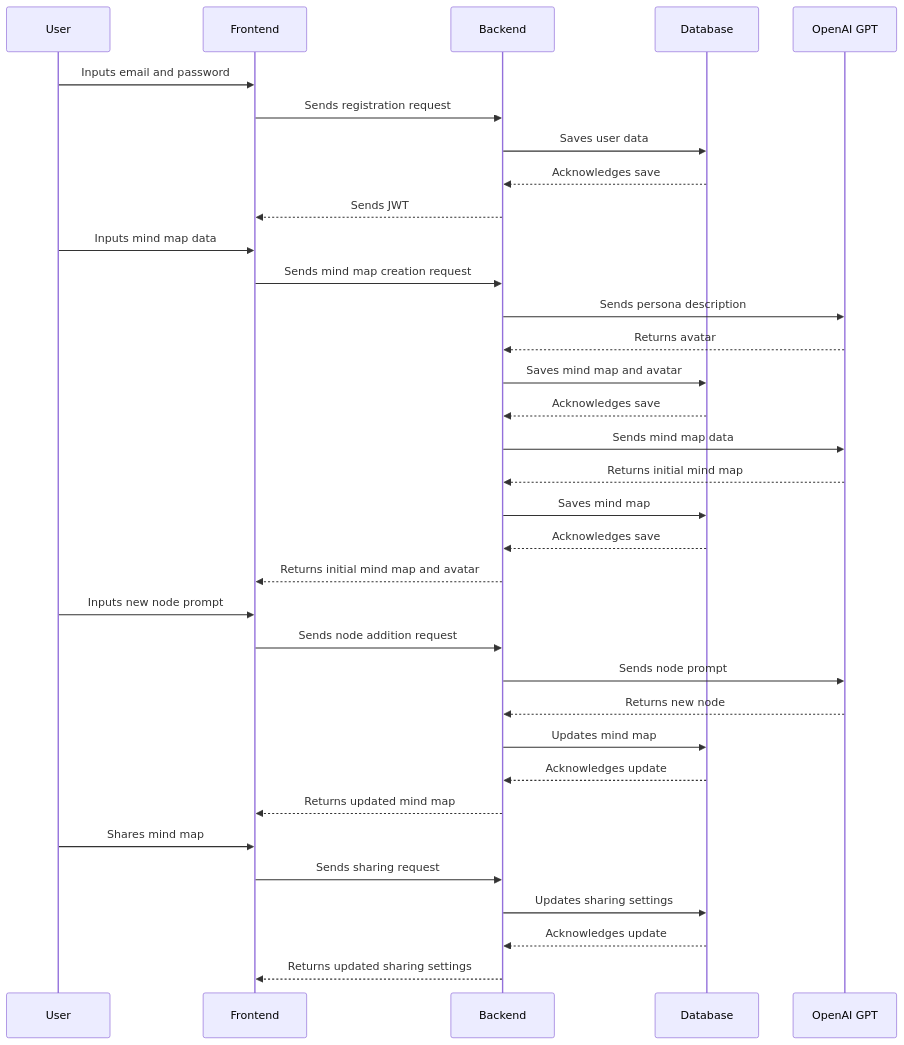
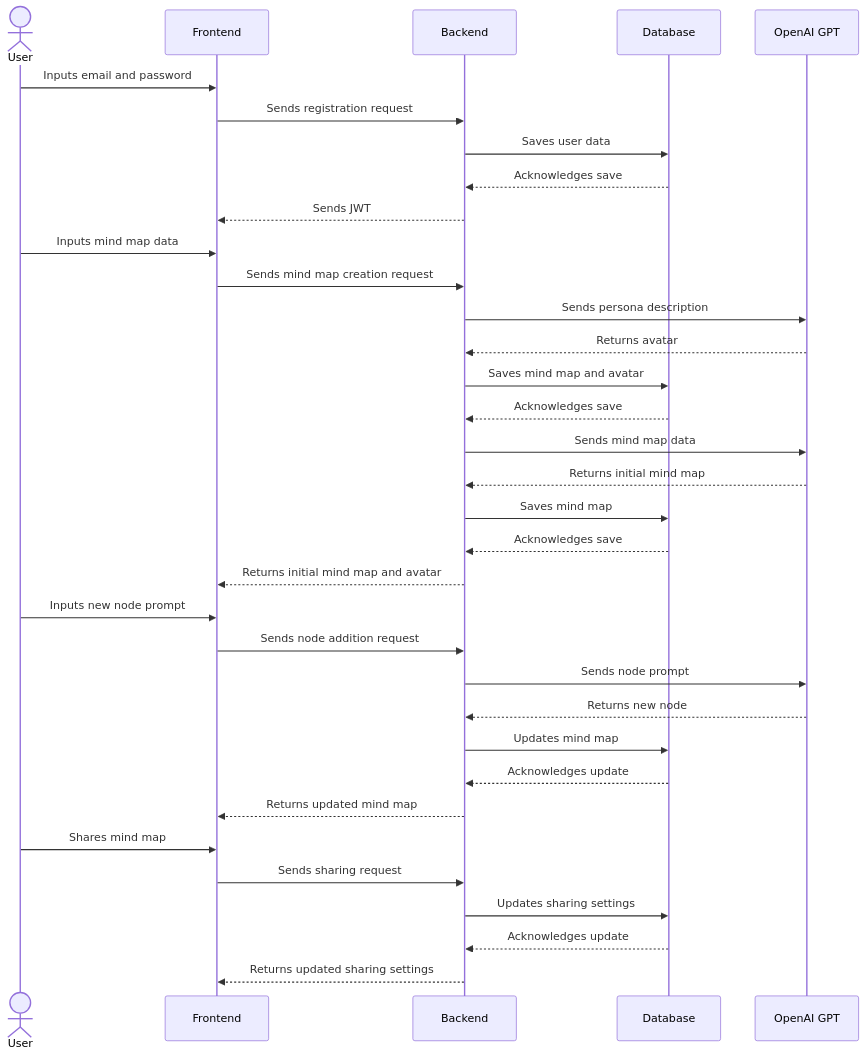
The first of 4 diagrams in README.md (sherifButt/mindfullai), drawn with Mermaid before and after one commit. The commit also changed other lines of this file and 6 other files, not shown here.

````diff
--- a/README.md
+++ b/README.md
@@ -145,36 +147,36 @@
 ```mermaid
 sequenceDiagram
-    participant U as User
+    actor U as User
     participant F as Frontend
     participant B as Backend
     participant D as Database
     participant AI as OpenAI GPT
     U->>F: Inputs email and password
     F->>B: Sends registration request
     B->>D: Saves user data
     D-->>B: Acknowledges save
     B-->>F: Sends JWT
     U->>F: Inputs mind map data
     F->>B: Sends mind map creation request
     B->>AI: Sends persona description
     AI-->>B: Returns avatar
     B->>D: Saves mind map and avatar
     D-->>B: Acknowledges save
     B->>AI: Sends mind map data
     AI-->>B: Returns initial mind map
     B->>D: Saves mind map
     D-->>B: Acknowledges save
     B-->>F: Returns initial mind map and avatar
     U->>F: Inputs new node prompt
     F->>B: Sends node addition request
     B->>AI: Sends node prompt
     AI-->>B: Returns new node
     B->>D: Updates mind map
     D-->>B: Acknowledges update
     B-->>F: Returns updated mind map
     U->>F: Shares mind map
     F->>B: Sends sharing request
     B->>D: Updates sharing settings
     D-->>B: Acknowledges update
     B-->>F: Returns updated sharing settings
 ```
````
